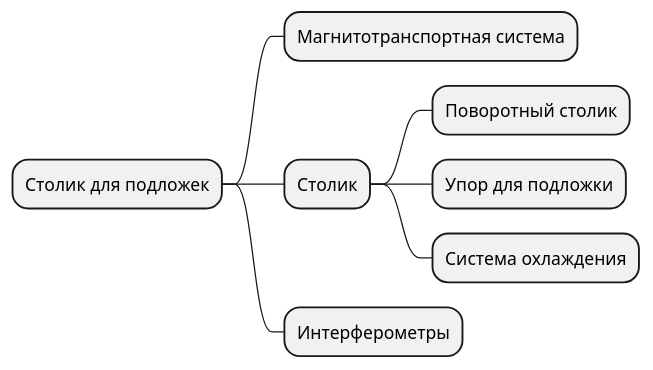
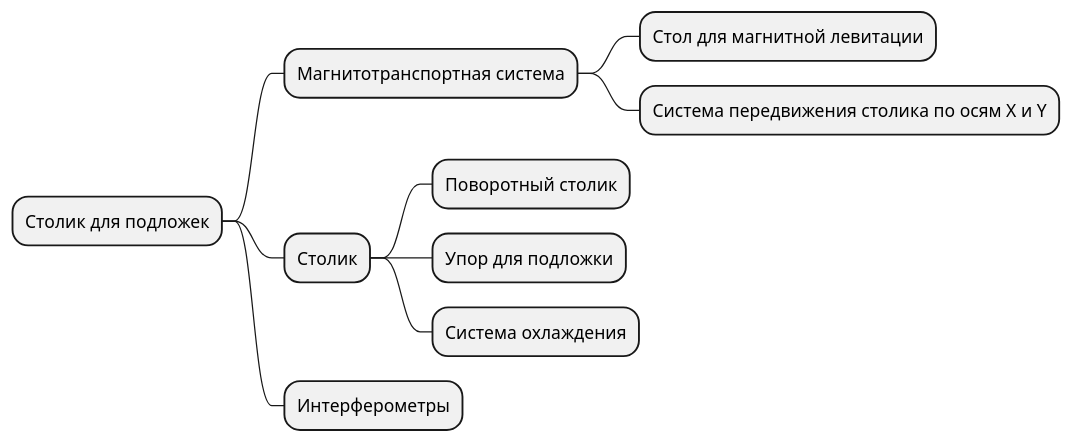
Before and after one commit to TsarS/lithograph: the diagram in assets/wafer_table.pu, drawn with PlantUML.

```diff
--- a/assets/wafer_table.pu
+++ b/assets/wafer_table.pu
@@ -1,9 +1,11 @@
 @startmindmap
 * Столик для подложек
 ** Магнитотранспортная система
+*** Стол для магнитной левитации
+*** Система передвижения столика по осям X и Y
 ** Столик
 *** Поворотный столик
 *** Упор для подложки
 *** Система охлаждения
 ** Интерферометры
 @endmindmap
```
